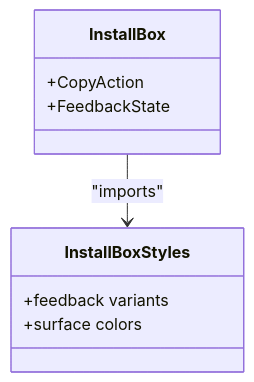
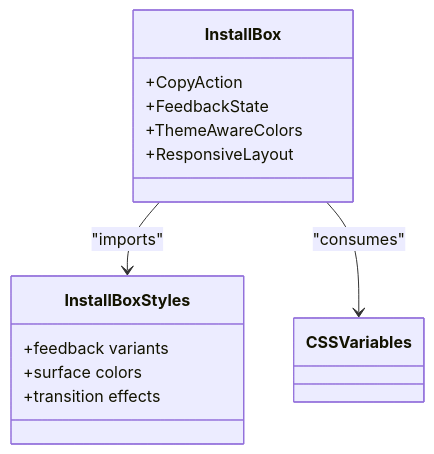
Before and after one commit to HassanAmeer/cheaprouter: the seventh of 10 diagrams in .qoder/repowiki/en/content/Frontend Architecture/Styling System.md, drawn with Mermaid. The commit also changed other lines of this file and 54 other files, not shown here.

````diff
--- a/.qoder/repowiki/en/content/Frontend Architecture/Styling System.md
+++ b/.qoder/repowiki/en/content/Frontend Architecture/Styling System.md
@@ -332,12 +345,16 @@
 ```mermaid
 classDiagram
 class InstallBox {
 +CopyAction
 +FeedbackState
++ThemeAwareColors
++ResponsiveLayout
 }
 class InstallBoxStyles {
 +feedback variants
 +surface colors
++transition effects
 }
 InstallBox --> InstallBoxStyles : "imports"
+InstallBox --> CSSVariables : "consumes"
 ```
````
